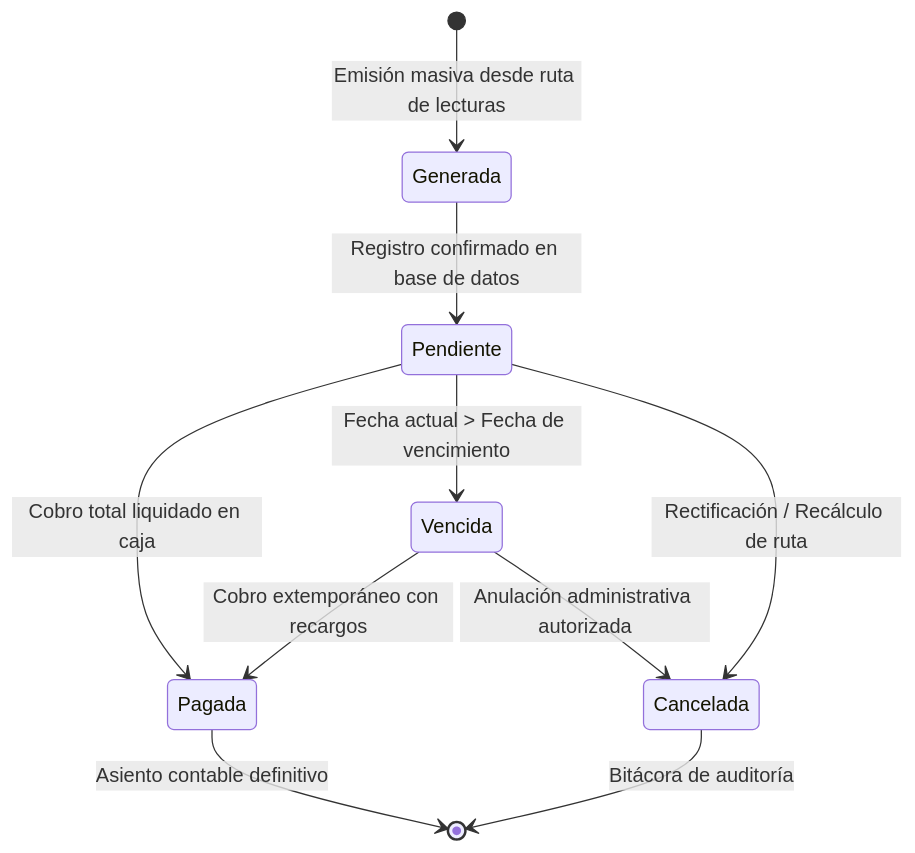
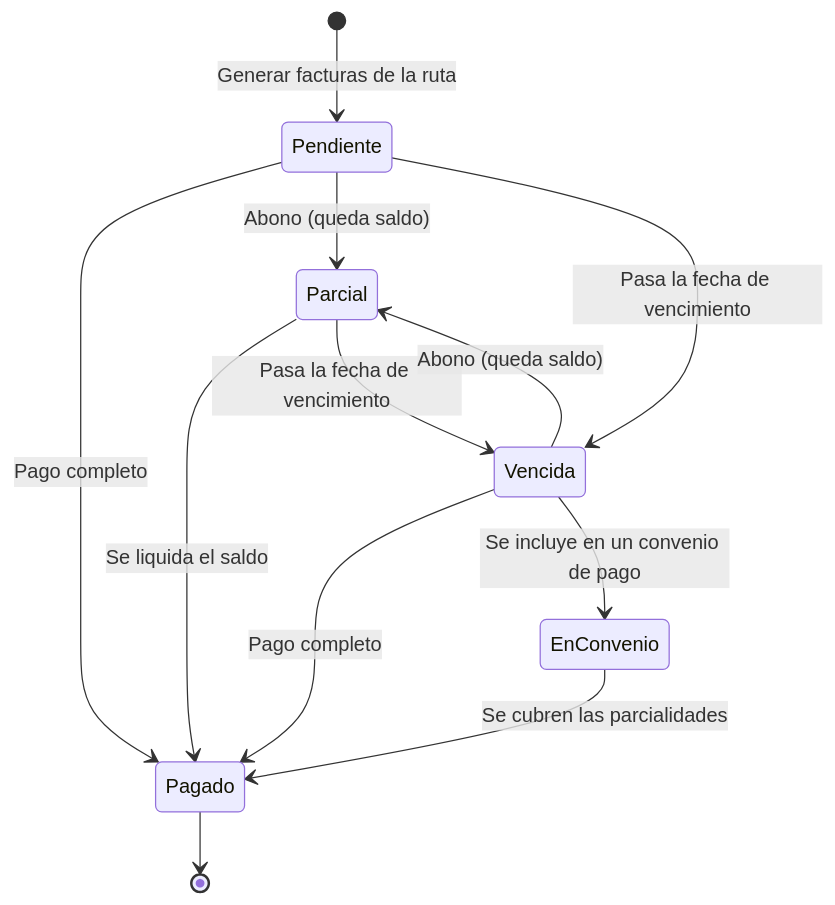
The diagram in ayuda/facturas/Ciclo de Vida y Estados de Facturas.md (Mahynlo/AGUA-VP), drawn with Mermaid before and after one commit. The commit also changed other lines of this file and 3 other files, not shown here.

````diff
--- a/ayuda/facturas/Ciclo de Vida y Estados de Facturas.md
+++ b/ayuda/facturas/Ciclo de Vida y Estados de Facturas.md
@@ -17,12 +17,14 @@
 ```mermaid
 stateDiagram-v2
-    [*] --> Generada : Emisión masiva desde ruta de lecturas
-    Generada --> Pendiente : Registro confirmado en base de datos
-    Pendiente --> Pagada : Cobro total liquidado en caja
-    Pendiente --> Vencida : Fecha actual > Fecha de vencimiento
-    Vencida --> Pagada : Cobro extemporáneo con recargos
-    Pendiente --> Cancelada : Rectificación / Recálculo de ruta
-    Vencida --> Cancelada : Anulación administrativa autorizada
-    Pagada --> [*] : Asiento contable definitivo
-    Cancelada --> [*] : Bitácora de auditoría
+    [*] --> Pendiente : Generar facturas de la ruta
+    Pendiente --> Pagado : Pago completo
+    Pendiente --> Parcial : Abono (queda saldo)
+    Parcial --> Pagado : Se liquida el saldo
+    Pendiente --> Vencida : Pasa la fecha de vencimiento
+    Parcial --> Vencida : Pasa la fecha de vencimiento
+    Vencida --> Parcial : Abono (queda saldo)
+    Vencida --> Pagado : Pago completo
+    Vencida --> EnConvenio : Se incluye en un convenio de pago
+    EnConvenio --> Pagado : Se cubren las parcialidades
+    Pagado --> [*]
 ```
````
